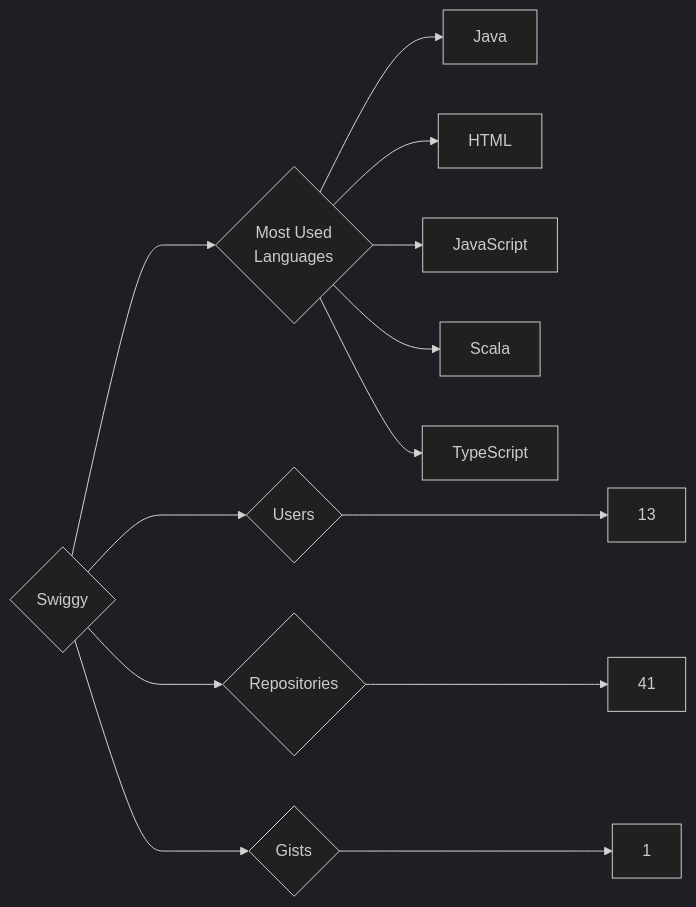
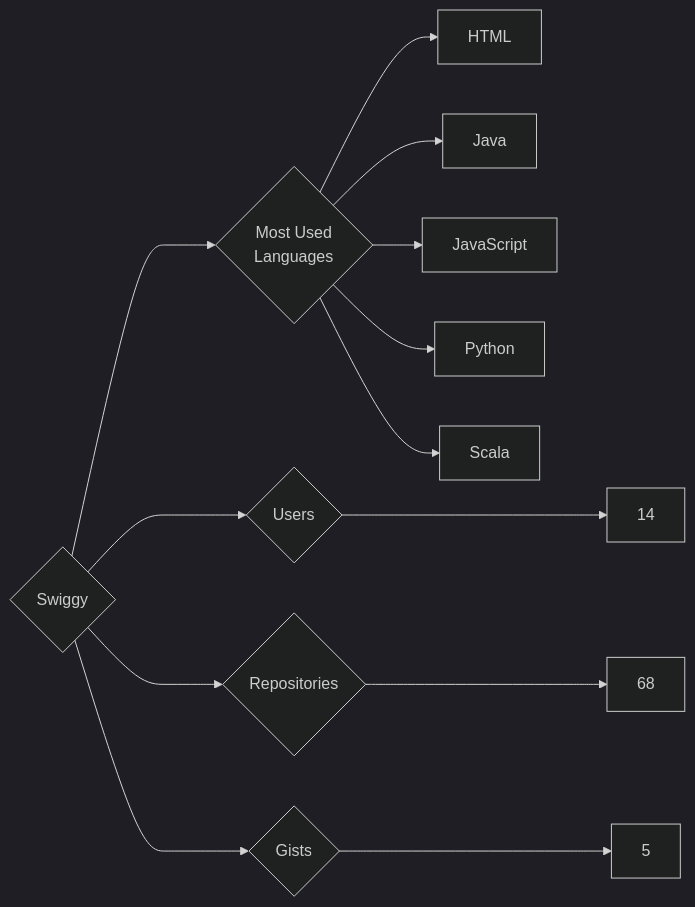
The diagram in targets/Swiggy/README.md (trickest/insiders), drawn with Mermaid (dark theme) before and after one commit. The commit also changed 969 other files, not shown here.

````diff
--- a/targets/Swiggy/README.md
+++ b/targets/Swiggy/README.md
@@ -3,13 +3,13 @@
 ```mermaid
 graph LR
 COMPANY_NAME{Swiggy}
-COMPANY_NAME ---> U{Users} ---> UN[13]
-COMPANY_NAME ---> R{Repositories} ---> RN[41]
-COMPANY_NAME ---> G{Gists} ---> GN[1]
+COMPANY_NAME ---> U{Users} ---> UN[14]
+COMPANY_NAME ---> R{Repositories} ---> RN[68]
+COMPANY_NAME ---> G{Gists} ---> GN[5]
 COMPANY_NAME ---> ML{Most Used<br>Languages}
+ML --> HTML[HTML]
 ML --> Java[Java]
-ML --> HTML[HTML]
 ML --> JavaScript[JavaScript]
+ML --> Python[Python]
 ML --> Scala[Scala]
-ML --> TypeScript[TypeScript]
 ```
````
